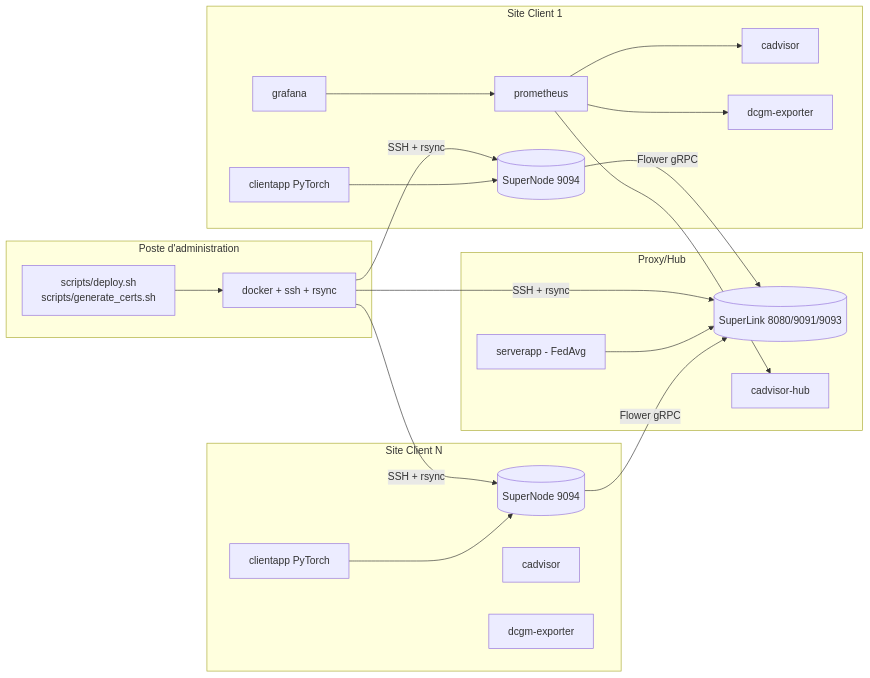
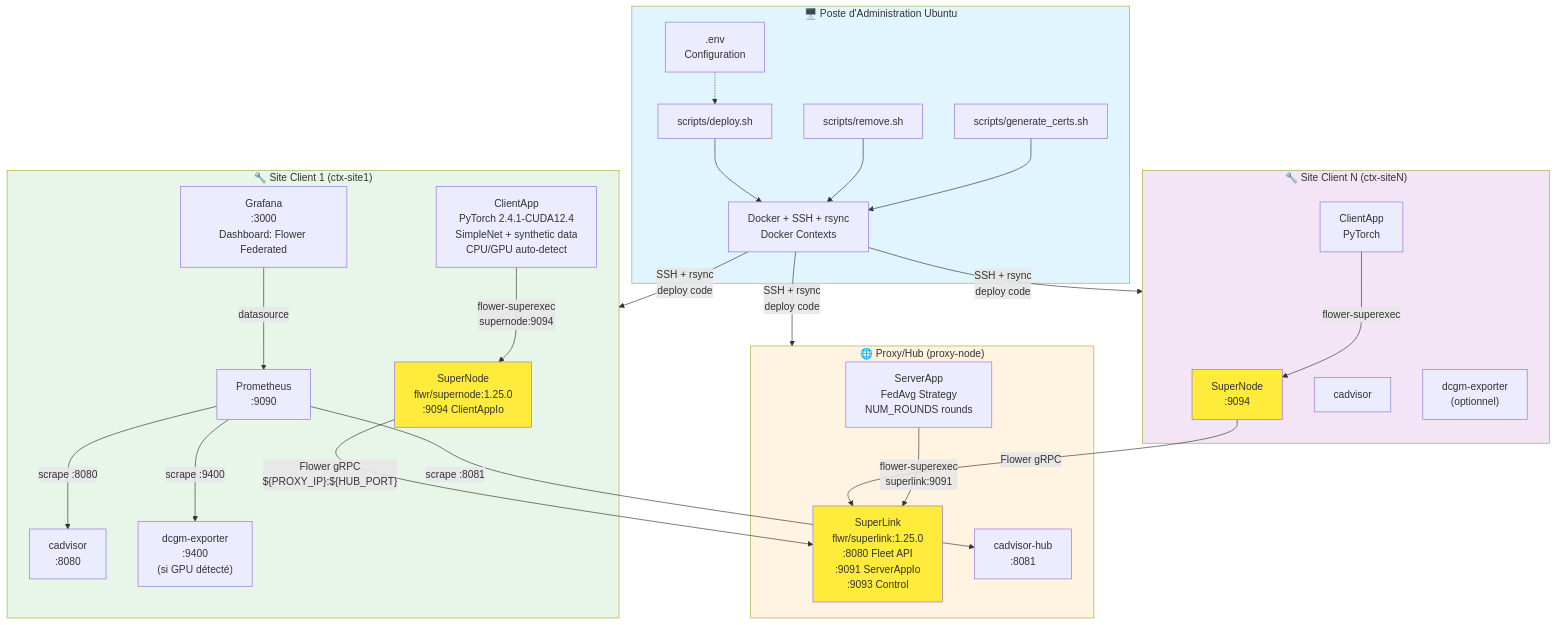
The diagram in README.md (qBrabus/federatedlearning), drawn with Mermaid before and after one commit.

````diff
--- a/README.md
+++ b/README.md
@@ -25,39 +25,61 @@
 ```mermaid
-flowchart LR
-    subgraph Admin[Poste d'administration]
-      CLI[docker + ssh + rsync]
-      Scripts[scripts/deploy.sh<br/>scripts/generate_certs.sh]
+flowchart TB
+    subgraph Admin["🖥️ Poste d'Administration Ubuntu"]
+        CLI["Docker + SSH + rsync<br/>Docker Contexts"]
+        DeployScript["scripts/deploy.sh"]
+        CertScript["scripts/generate_certs.sh"]
+        RemoveScript["scripts/remove.sh"]
+        EnvFile[".env<br/>Configuration"]
     end
-    subgraph Proxy/Hub
-      Superlink[(SuperLink 8080/9091/9093)]
-      ServerApp[serverapp - FedAvg]
-      CAdvisorHub[cadvisor-hub]
+
+    subgraph ProxyHub["🌐 Proxy/Hub (proxy-node)"]
+        SuperLink["SuperLink<br/>flwr/superlink:1.25.0<br/>:8080 Fleet API<br/>:9091 ServerAppIo<br/>:9093 Control"]
+        ServerApp["ServerApp<br/>FedAvg Strategy<br/>NUM_ROUNDS rounds"]
+        CAdvisorHub["cadvisor-hub<br/>:8081"]
     end
-    subgraph Site Client 1
-      Supernode1[(SuperNode 9094)]
-      ClientApp1[clientapp PyTorch]
-      CAdvisor1[cadvisor]
-      DCGM1[dcgm-exporter]
-      Prom1[prometheus]
-      Graf1[grafana]
+
+    subgraph Site1["🔧 Site Client 1 (ctx-site1)"]
+        SuperNode1["SuperNode<br/>flwr/supernode:1.25.0<br/>:9094 ClientAppIo"]
+        ClientApp1["ClientApp<br/>PyTorch 2.4.1-CUDA12.4<br/>SimpleNet + synthetic data<br/>CPU/GPU auto-detect"]
+        CAdvisor1["cadvisor<br/>:8080"]
+        DCGM1["dcgm-exporter<br/>:9400<br/>(si GPU détecté)"]
+        Prom1["Prometheus<br/>:9090"]
+        Graf1["Grafana<br/>:3000<br/>Dashboard: Flower Federated"]
     end
-    subgraph Site Client N
-      SupernodeN[(SuperNode 9094)]
-      ClientAppN[clientapp PyTorch]
-      CAdvisorN[cadvisor]
-      DCGMN[dcgm-exporter]
+
+    subgraph SiteN["🔧 Site Client N (ctx-siteN)"]
+        SuperNodeN["SuperNode<br/>:9094"]
+        ClientAppN["ClientApp<br/>PyTorch"]
+        CAdvisorN["cadvisor"]
+        DCGMN["dcgm-exporter<br/>(optionnel)"]
     end
-    CLI -- SSH + rsync --> Superlink
-    CLI -- SSH + rsync --> Supernode1
-    CLI -- SSH + rsync --> SupernodeN
-    Scripts --> CLI
-    ServerApp --> Superlink
-    ClientApp1 --> Supernode1
-    ClientAppN --> SupernodeN
-    Supernode1 -- Flower gRPC --> Superlink
-    SupernodeN -- Flower gRPC --> Superlink
-    Prom1 --> CAdvisor1
-    Prom1 --> DCGM1
-    Prom1 --> CAdvisorHub
-    Graf1 --> Prom1
+
+    EnvFile -.-> DeployScript
+    CertScript --> CLI
+    RemoveScript --> CLI
+    DeployScript --> CLI
+    
+    CLI -- "SSH + rsync<br/>deploy code" --> ProxyHub
+    CLI -- "SSH + rsync<br/>deploy code" --> Site1
+    CLI -- "SSH + rsync<br/>deploy code" --> SiteN
+    
+    ServerApp -- "flower-superexec<br/>superlink:9091" --> SuperLink
+    ClientApp1 -- "flower-superexec<br/>supernode:9094" --> SuperNode1
+    ClientAppN -- "flower-superexec" --> SuperNodeN
+    
+    SuperNode1 -- "Flower gRPC<br/>${PROXY_IP}:${HUB_PORT}" --> SuperLink
+    SuperNodeN -- "Flower gRPC" --> SuperLink
+    
+    Prom1 -- "scrape :8080" --> CAdvisor1
+    Prom1 -- "scrape :9400" --> DCGM1
+    Prom1 -- "scrape :8081" --> CAdvisorHub
+    Graf1 -- "datasource" --> Prom1
+
+    style Admin fill:#e1f5ff
+    style ProxyHub fill:#fff4e1
+    style Site1 fill:#e8f5e9
+    style SiteN fill:#f3e5f5
+    style SuperLink fill:#ffeb3b
+    style SuperNode1 fill:#ffeb3b
+    style SuperNodeN fill:#ffeb3b
 ```
````
